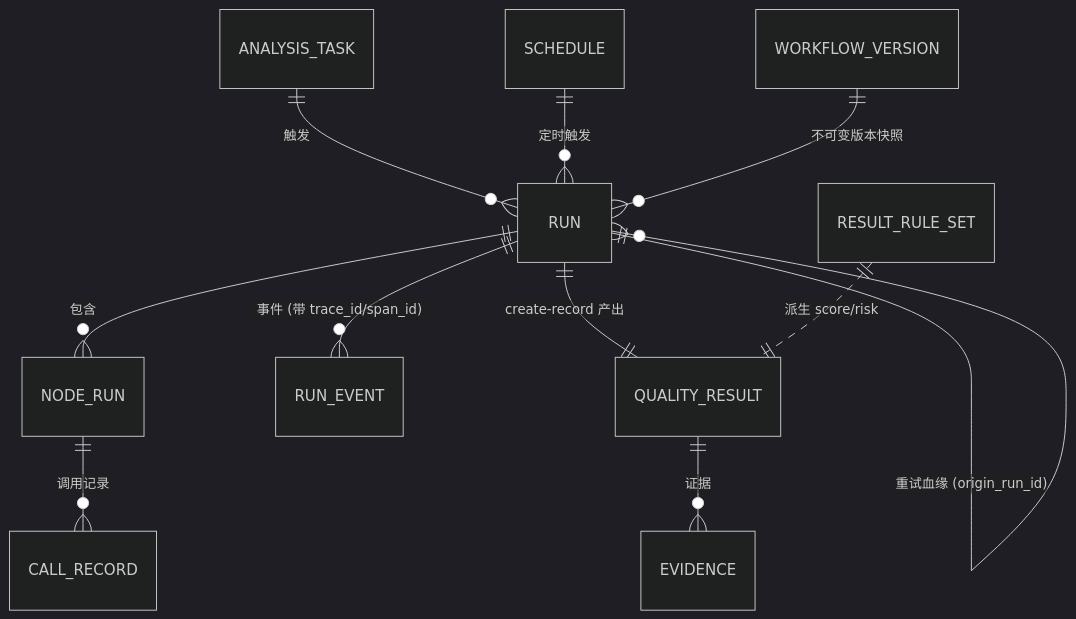
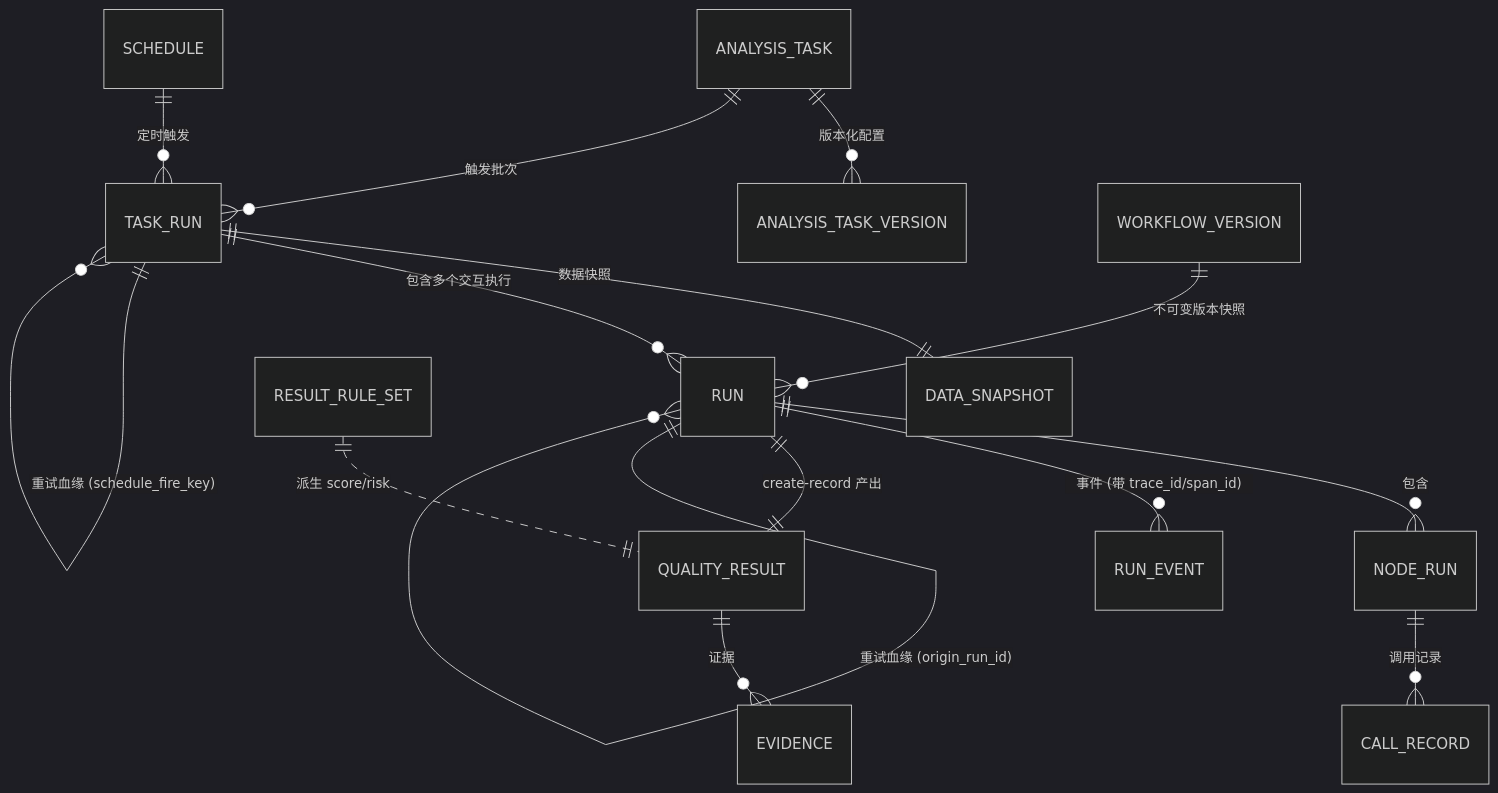
The second of 4 diagrams in .qoder/repowiki/zh/content/任务与执行域.md (huiliuxu780/MoreThanCorn), drawn with Mermaid (dark theme) before and after one commit. The commit also changed other lines of this file and 154 other files, not shown here.

````diff
--- a/.qoder/repowiki/zh/content/任务与执行域.md
+++ b/.qoder/repowiki/zh/content/任务与执行域.md
@@ -134,13 +137,17 @@
 ```mermaid
 erDiagram
-ANALYSIS_TASK ||--o{ RUN : "触发"
-SCHEDULE ||--o{ RUN : "定时触发"
+ANALYSIS_TASK ||--o{ ANALYSIS_TASK_VERSION : "版本化配置"
+ANALYSIS_TASK ||--o{ TASK_RUN : "触发批次"
+TASK_RUN ||--|| DATA_SNAPSHOT : "数据快照"
+TASK_RUN ||--o{ RUN : "包含多个交互执行"
+SCHEDULE ||--o{ TASK_RUN : "定时触发"
 WORKFLOW_VERSION ||--o{ RUN : "不可变版本快照"
 RUN ||--o{ NODE_RUN : "包含"
 RUN ||--o{ RUN_EVENT : "事件 (带 trace_id/span_id)"
 RUN ||--|| QUALITY_RESULT : "create-record 产出"
 QUALITY_RESULT ||--o{ EVIDENCE : "证据"
 NODE_RUN ||--o{ CALL_RECORD : "调用记录"
 RESULT_RULE_SET ||..|| QUALITY_RESULT : "派生 score/risk"
 RUN ||--o{ RUN : "重试血缘 (origin_run_id)"
+TASK_RUN ||--o{ TASK_RUN : "重试血缘 (schedule_fire_key)"
 ```
````
